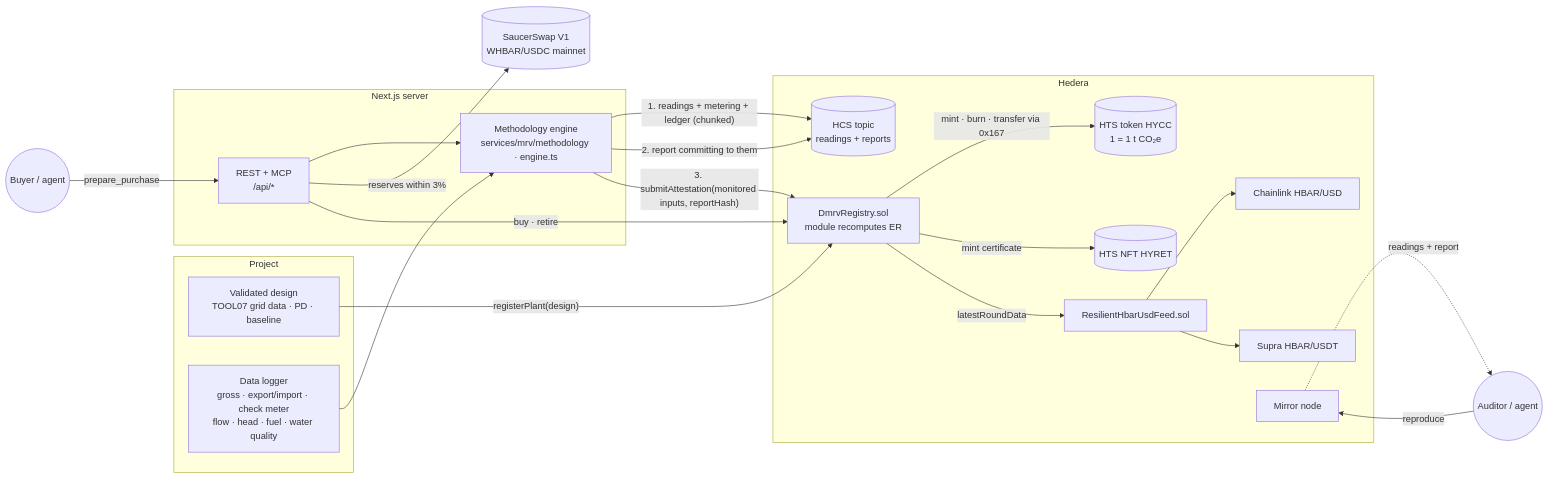
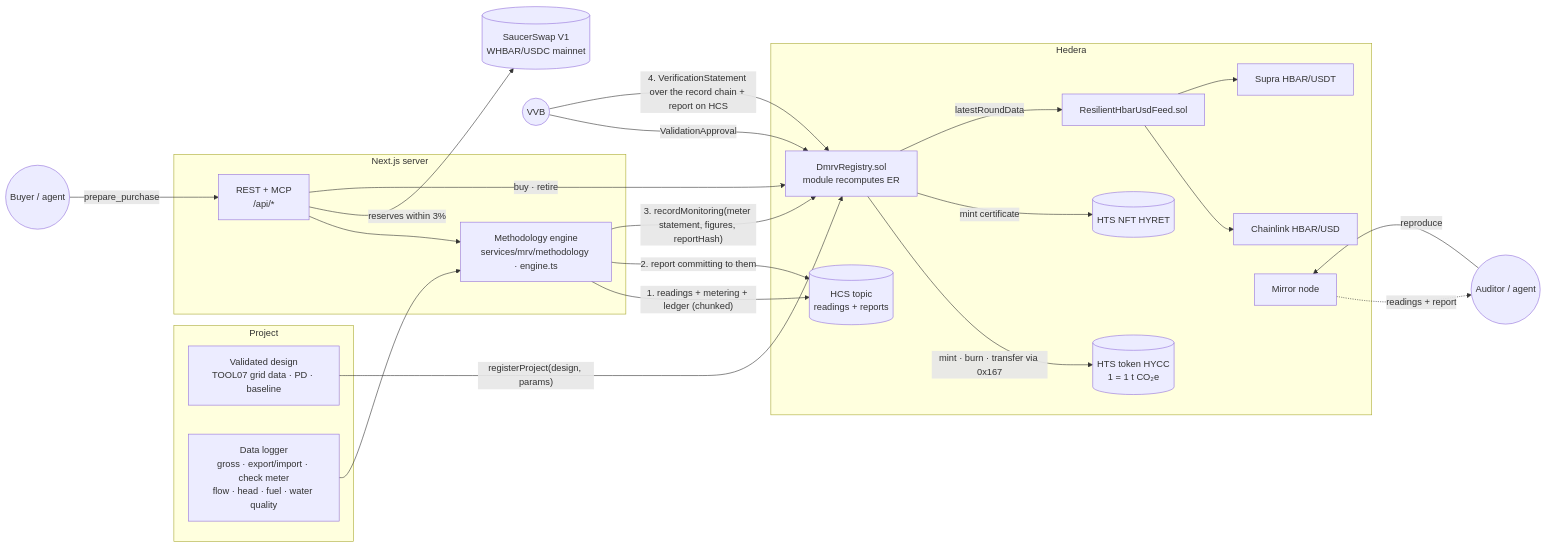
One commit to BikramBiswas786/Hedera-hydropower-dMRV-with-5-layer-verification- changed the diagram in docs/methodology.md. Above: the diagram before and after it, drawn with Mermaid. The commit also changed other lines of this file and 30 other files, not shown here.

````diff
--- a/docs/methodology.md
+++ b/docs/methodology.md
@@ -197,37 +199,39 @@
 ```mermaid
 flowchart LR
   subgraph Project
     DESIGN[Validated design<br/>TOOL07 grid data · PD · baseline]
     LOGGER[Data logger<br/>gross · export/import · check meter<br/>flow · head · fuel · water quality]
   end
   subgraph Next.js server
     ENGINE[Methodology engine<br/>services/mrv/methodology · engine.ts]
     API[REST + MCP<br/>/api/*]
   end
   subgraph Hedera
     HCS[(HCS topic<br/>readings + reports)]
     REG[DmrvRegistry.sol<br/>module recomputes ER]
     TOK[(HTS token HYCC<br/>1 = 1 t CO₂e)]
     NFT[(HTS NFT HYRET)]
     FEED[ResilientHbarUsdFeed.sol]
     CL[Chainlink HBAR/USD]
     SUP[Supra HBAR/USDT]
     MIRROR[Mirror node]
   end
-  DESIGN -- registerPlant(design) --> REG
+  VVB((VVB)) -- ValidationApproval --> REG
+  DESIGN -- registerProject(design, params) --> REG
   LOGGER --> ENGINE
   API --> ENGINE
   ENGINE -- 1. readings + metering + ledger (chunked) --> HCS
   ENGINE -- 2. report committing to them --> HCS
-  ENGINE -- 3. submitAttestation(monitored inputs, reportHash) --> REG
+  ENGINE -- 3. recordMonitoring(meter statement, figures, reportHash) --> REG
+  VVB -- 4. VerificationStatement over the record chain + report on HCS --> REG
   REG -- mint · burn · transfer via 0x167 --> TOK
   REG -- mint certificate --> NFT
   REG -- latestRoundData --> FEED
   FEED --> CL
   FEED --> SUP
   Buyer((Buyer / agent)) -- prepare_purchase --> API
   API -- reserves within 3% --> SS[(SaucerSwap V1<br/>WHBAR/USDC mainnet)]
   API -- buy · retire --> REG
   Auditor((Auditor / agent)) -- reproduce --> MIRROR
   MIRROR -. readings + report .-> Auditor
 ```
````
